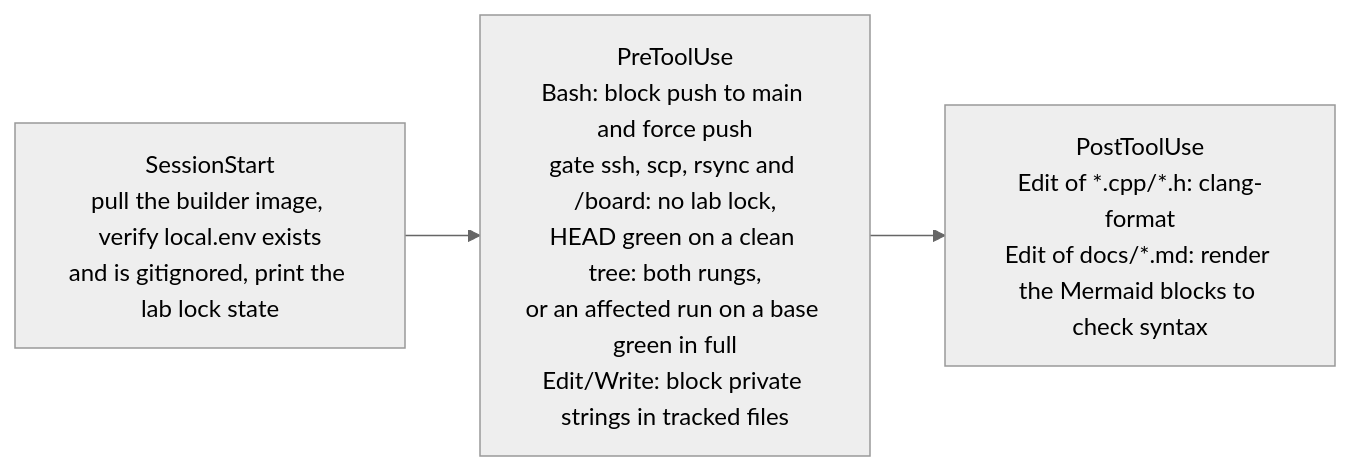
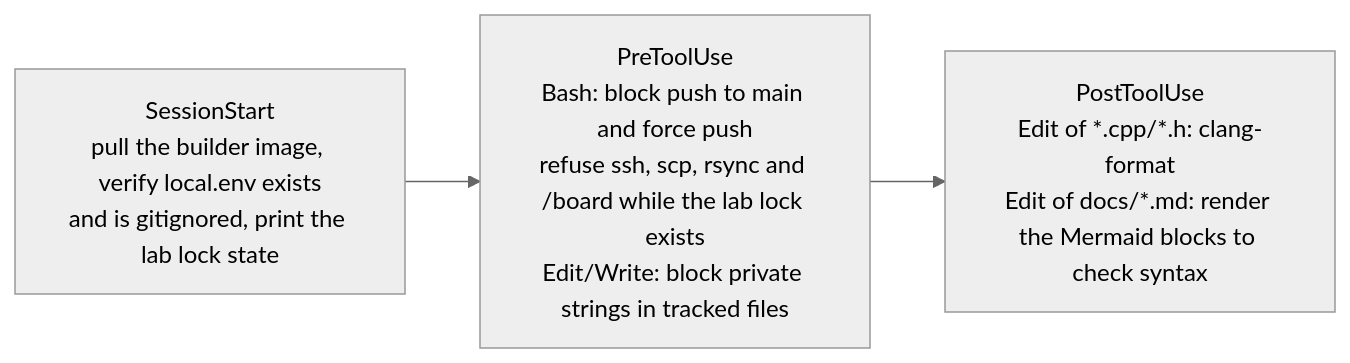
One commit to AMuszkat/bpi_amp_platform changed the fourth of 6 diagrams in docs/autonomous-development.md. Above: the diagram before and after it, drawn with Mermaid (neutral theme). The commit also changed other lines of this file and 17 other files, not shown here.

First line of the commit message:
No test-status gate on a deploy: only the lab lock stops one (the person's decision)

````diff
--- a/docs/autonomous-development.md
+++ b/docs/autonomous-development.md
@@ -274,7 +273,7 @@
 ```mermaid
 flowchart LR
     ss["SessionStart<br/>pull the builder image, verify local.env exists<br/>and is gitignored, print the lab lock state"]
-    pre["PreToolUse<br/>Bash: block push to main and force push<br/>gate ssh, scp, rsync and /board: no lab lock,<br/>HEAD green on a clean tree: both rungs,<br/>or an affected run on a base green in full<br/>Edit/Write: block private strings in tracked files"]
+    pre["PreToolUse<br/>Bash: block push to main and force push<br/>refuse ssh, scp, rsync and /board while the lab lock exists<br/>Edit/Write: block private strings in tracked files"]
     post["PostToolUse<br/>Edit of *.cpp/*.h: clang-format<br/>Edit of docs/*.md: render the Mermaid blocks to check syntax"]
     ss --> pre --> post
 ```
````
